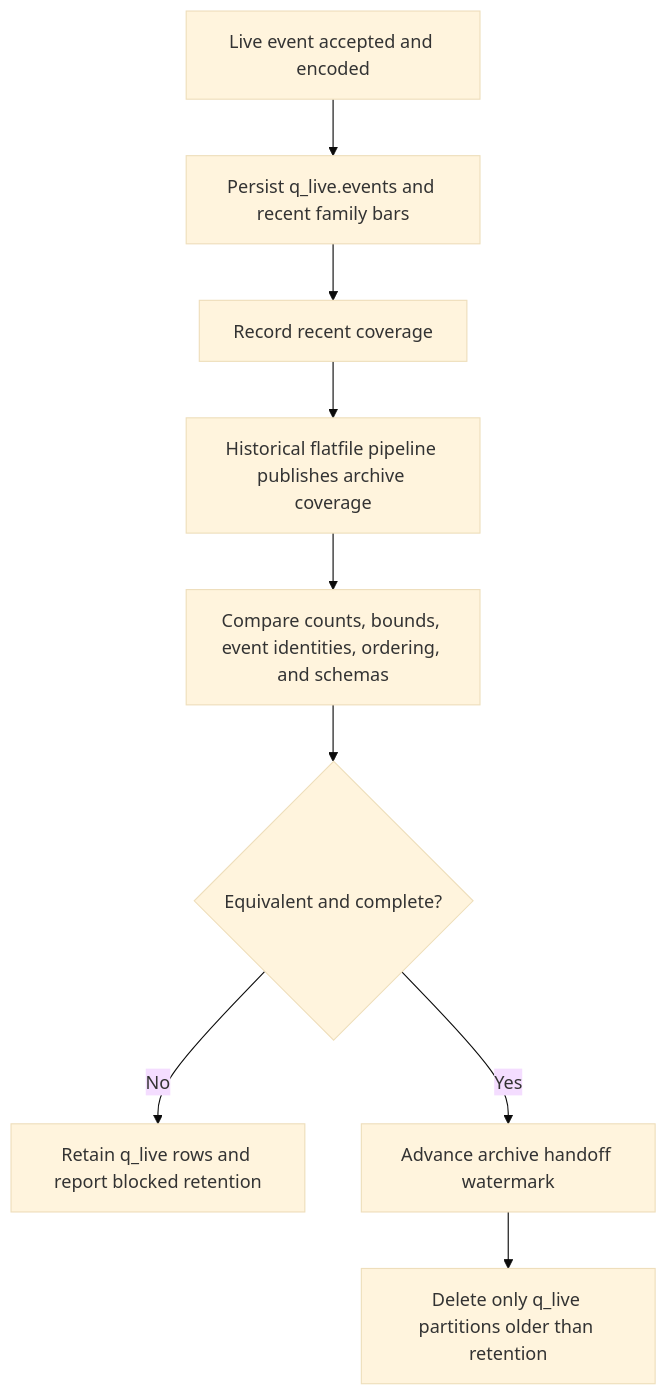
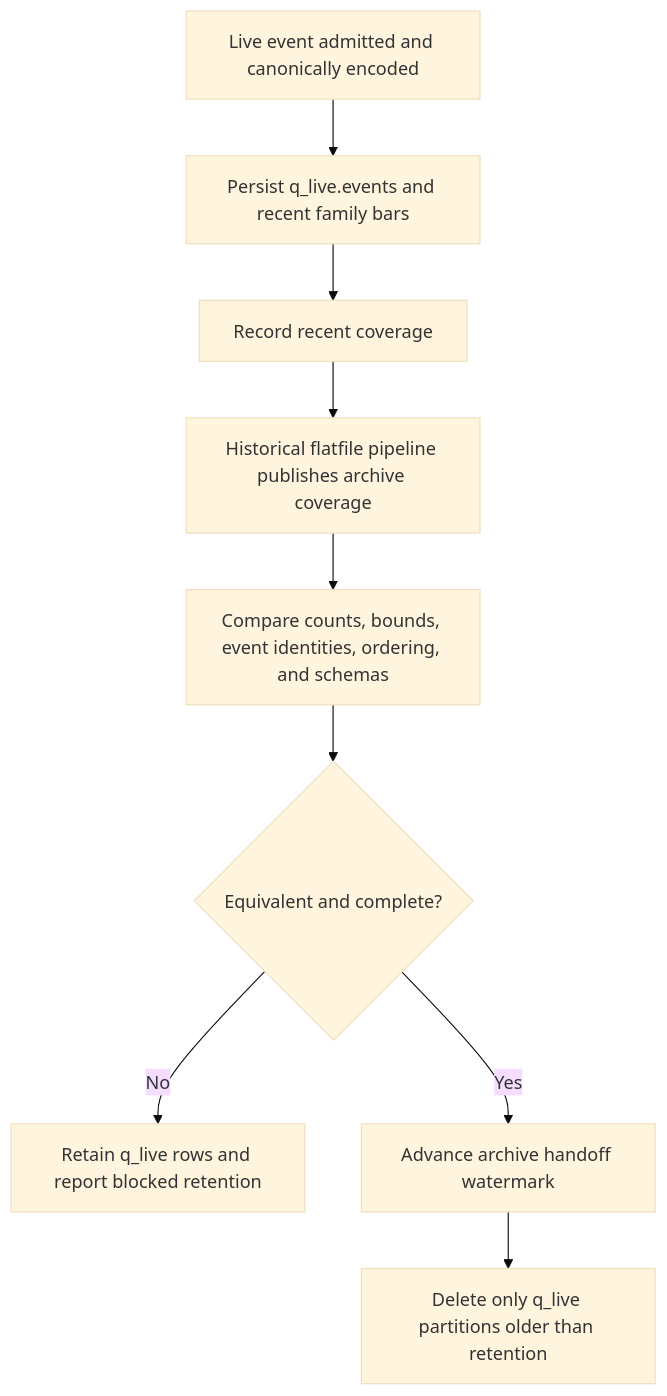
The third of 6 diagrams in docs/2026-08-10-application-architecture/04-qmd-market-data-distribution.md (farajimhd/quant-research-workbench), drawn with Mermaid (base theme) before and after one commit. The commit also changed other lines of this file and 5 other files, not shown here.

Commit message:
refactor: derive live state from canonical events

````diff
--- a/docs/2026-08-10-application-architecture/04-qmd-market-data-distribution.md
+++ b/docs/2026-08-10-application-architecture/04-qmd-market-data-distribution.md
@@ -109,11 +131,11 @@
 ```mermaid
 flowchart TD
-    A["Live event accepted and encoded"] --> B["Persist q_live.events and recent family bars"]
+    A["Live event admitted and canonically encoded"] --> B["Persist q_live.events and recent family bars"]
     B --> C["Record recent coverage"]
     C --> D["Historical flatfile pipeline publishes archive coverage"]
     D --> E["Compare counts, bounds, event identities, ordering, and schemas"]
     E --> F{"Equivalent and complete?"}
     F -->|No| G["Retain q_live rows and report blocked retention"]
     F -->|Yes| H["Advance archive handoff watermark"]
     H --> I["Delete only q_live partitions older than retention"]
 ```
````
